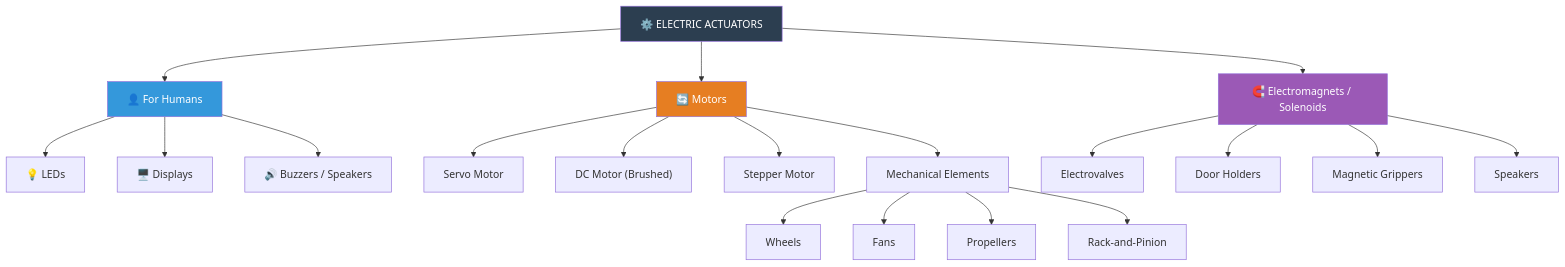
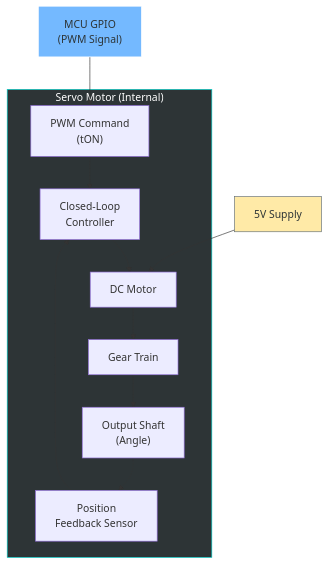
The fifth of 13 diagrams in 00_Inbox/01_University/Practical_Computing/Labs/04_Labs.md (affaanq/University-Year1-Notes), drawn with Mermaid before and after one commit. The commit also changed other lines of this file and 2 other files, not shown here.

````diff
--- a/00_Inbox/01_University/Practical_Computing/Labs/04_Labs.md
+++ b/00_Inbox/01_University/Practical_Computing/Labs/04_Labs.md
@@ -134,31 +236,18 @@
 ```mermaid
-graph TD
-    ACT["⚙️ ELECTRIC ACTUATORS"]
-    ACT --> HUM["👤 For Humans"]
-    ACT --> MOT["🔄 Motors"]
-    ACT --> MAG["🧲 Electromagnets / Solenoids"]
-    
-    HUM --> LED["💡 LEDs"]
-    HUM --> DSP["🖥️ Displays"]
-    HUM --> BUZ["🔊 Buzzers / Speakers"]
-    
-    MOT --> SRV["Servo Motor"]
-    MOT --> DCM["DC Motor (Brushed)"]
-    MOT --> STP["Stepper Motor"]
-    
-    MOT --> MECH["Mechanical Elements"]
-    MECH --> WHL["Wheels"]
-    MECH --> FAN["Fans"]
-    MECH --> PRP["Propellers"]
-    MECH --> RAP["Rack-and-Pinion"]
-    
-    MAG --> ELV["Electrovalves"]
-    MAG --> DRH["Door Holders"]
-    MAG --> MGR["Magnetic Grippers"]
-    MAG --> SPK["Speakers"]
-    
-    style ACT fill:#2c3e50,color:#fff
-    style HUM fill:#3498db,color:#fff
-    style MOT fill:#e67e22,color:#fff
-    style MAG fill:#9b59b6,color:#fff
+flowchart TD
+    subgraph SERVO["Servo Motor (Internal)"]
+        CMD["PWM Command\n(tON)"] --> CTRL["Closed-Loop\nController"]
+        FB["Position\nFeedback Sensor"] --> CTRL
+        CTRL --> MOT["DC Motor"]
+        MOT --> GEAR["Gear Train"]
+        GEAR --> SHAFT["Output Shaft\n(Angle)"]
+        SHAFT -.-> FB
+    end
+
+    MCU["MCU GPIO\n(PWM Signal)"] --> CMD
+    POWER["5V Supply"] --> MOT
+
+    style SERVO fill:#2d3436,stroke:#00cec9,color:#fff
+    style MCU fill:#74b9ff,stroke:#fff,color:#2d3436
+    style POWER fill:#ffeaa7,stroke:#636e72,color:#2d3436
 ```
````
